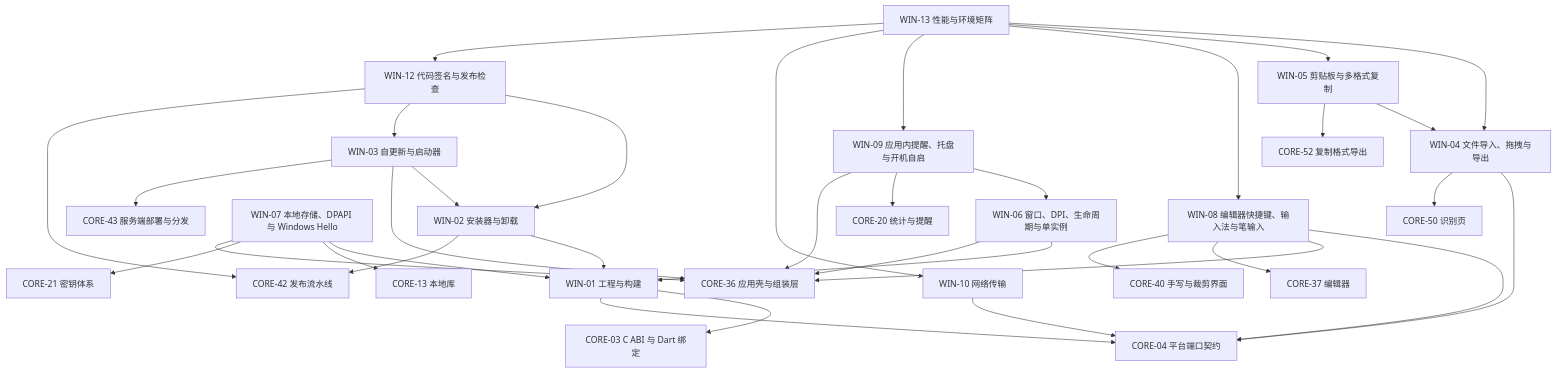
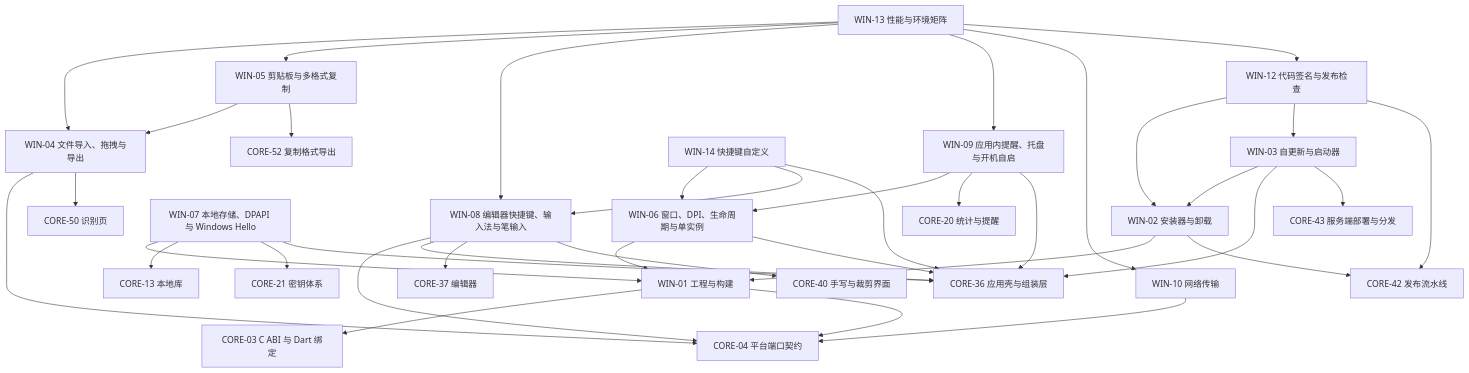
One commit to VividVeneto/BubeiGongshi changed the diagram in SADD/03-Windows端-v5.md. Above: the diagram before and after it, drawn with Mermaid. The commit also changed other lines of this file and 4 other files, not shown here.

````diff
--- a/SADD/03-Windows端-v5.md
+++ b/SADD/03-Windows端-v5.md
@@ -23,61 +23,65 @@
 ```mermaid
 graph TD
   W01["WIN-01 工程与构建"]
   W02["WIN-02 安装器与卸载"]
   W03["WIN-03 自更新与启动器"]
   W04["WIN-04 文件导入、拖拽与导出"]
   W05["WIN-05 剪贴板与多格式复制"]
   W06["WIN-06 窗口、DPI、生命周期与单实例"]
   W07["WIN-07 本地存储、DPAPI 与 Windows Hello"]
   W08["WIN-08 编辑器快捷键、输入法与笔输入"]
   W09["WIN-09 应用内提醒、托盘与开机自启"]
   W10["WIN-10 网络传输"]
   W12["WIN-12 代码签名与发布检查"]
   W13["WIN-13 性能与环境矩阵"]
+  W14["WIN-14 快捷键自定义"]
   C03["CORE-03 C ABI 与 Dart 绑定"]
   C04["CORE-04 平台端口契约"]
   C13["CORE-13 本地库"]
   C20["CORE-20 统计与提醒"]
   C21["CORE-21 密钥体系"]
   C36["CORE-36 应用壳与组装层"]
   C37["CORE-37 编辑器"]
   C52["CORE-52 复制格式导出"]
   C40["CORE-40 手写与裁剪界面"]
   C42["CORE-42 发布流水线"]
   C43["CORE-43 服务端部署与分发"]
   C50["CORE-50 识别页"]
   W01 --> C03
   W01 --> C04
   W02 --> W01
   W02 --> C42
   W03 --> W02
   W03 --> C36
   W03 --> C43
   W04 --> C04
   W04 --> C50
   W05 --> W04
   W05 --> C52
   W06 --> W01
   W06 --> C36
   W07 --> W01
   W07 --> C13
   W07 --> C21
   W07 --> C36
   W08 --> C04
   W08 --> C36
   W08 --> C37
   W08 --> C40
   W09 --> W06
   W09 --> C20
   W09 --> C36
   W10 --> C04
   W12 --> W02
   W12 --> W03
   W12 --> C42
   W13 --> W04
   W13 --> W05
   W13 --> W08
   W13 --> W09
   W13 --> W10
   W13 --> W12
+  W14 --> W06
+  W14 --> W08
+  W14 --> C36
 ```
````
